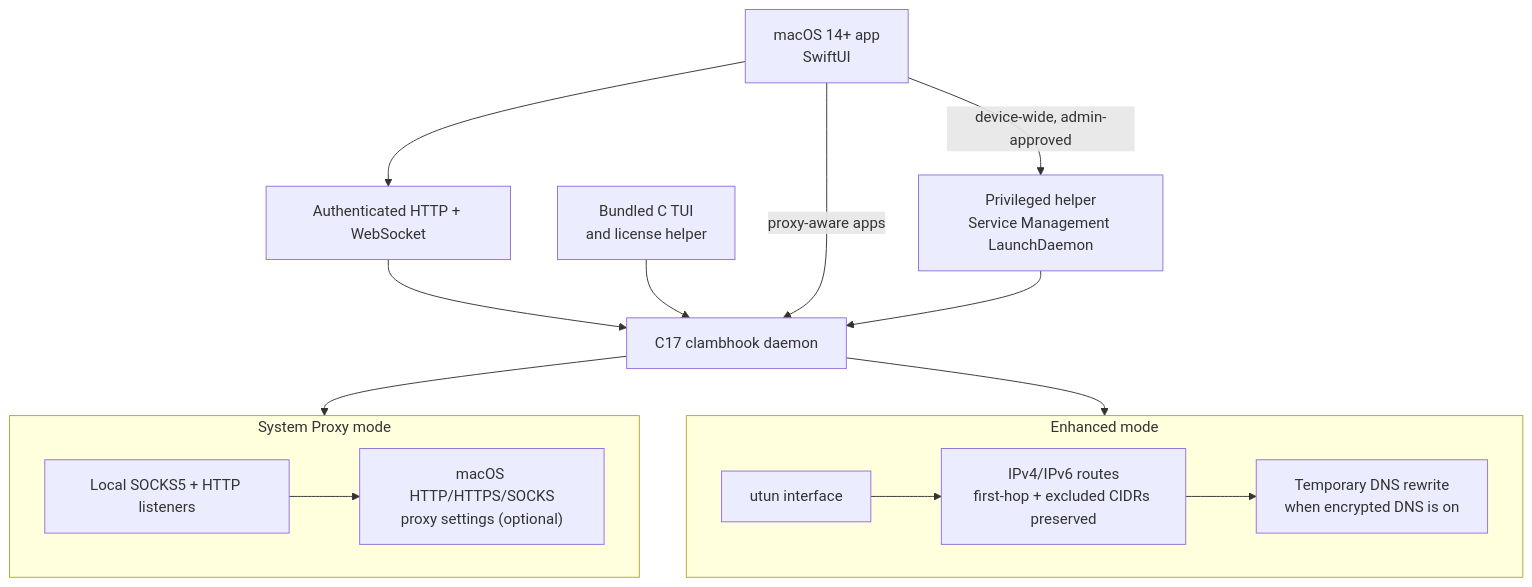
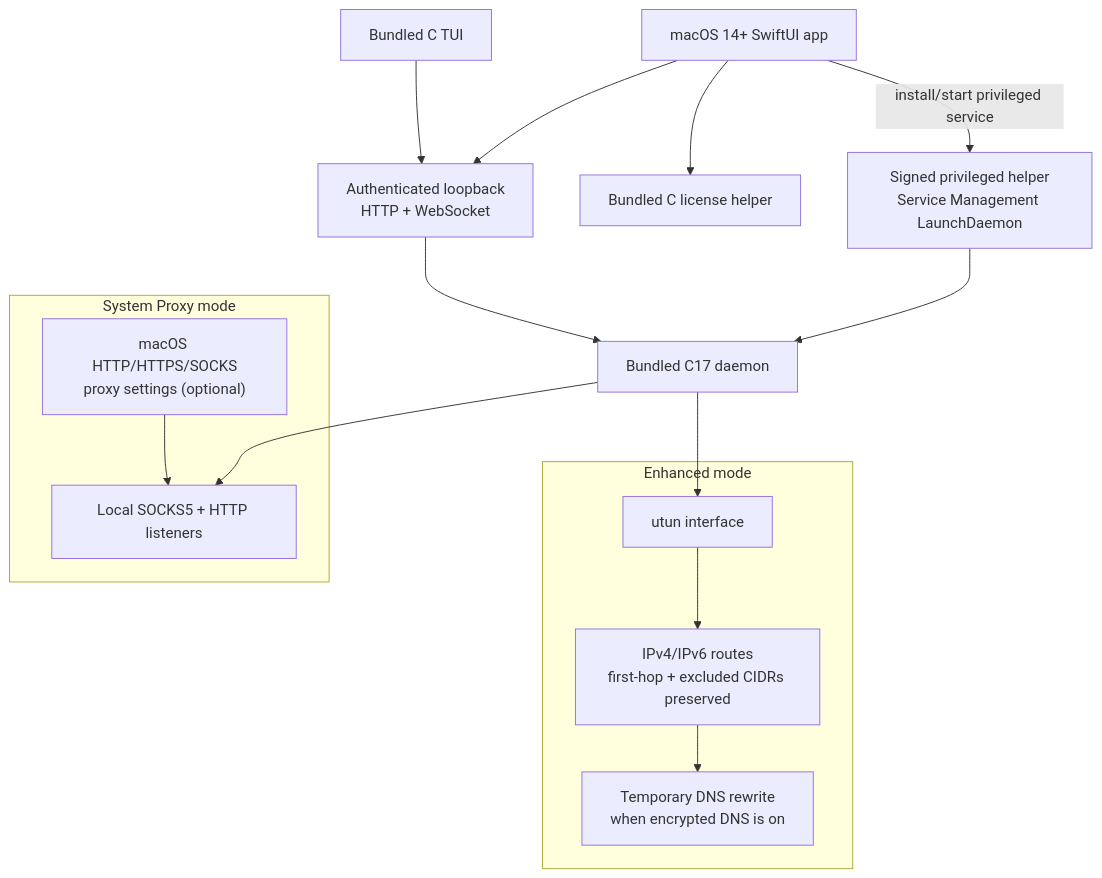
The diagram in docs/macos-v1-scope.md (JohnThre/clambhook), drawn with Mermaid before and after one commit. The commit also changed 28 other files, not shown here.

Commit message:
Refresh documentation and diagrams

````diff
--- a/docs/macos-v1-scope.md
+++ b/docs/macos-v1-scope.md
@@ -10,28 +10,30 @@
 ```mermaid
-graph TD
-    app["macOS 14+ app<br/>SwiftUI"]
-    helper["Privileged helper<br/>Service Management LaunchDaemon"]
-    daemon["C17 clambhook daemon"]
-    api["Authenticated HTTP + WebSocket"]
-    tools["Bundled C TUI<br/>and license helper"]
+flowchart TD
+    app["macOS 14+ SwiftUI app"]
+    helper["Signed privileged helper<br/>Service Management LaunchDaemon"]
+    daemon["Bundled C17 daemon"]
+    api["Authenticated loopback<br/>HTTP + WebSocket"]
+    tui["Bundled C TUI"]
+    license["Bundled C license helper"]
 
     subgraph proxy["System Proxy mode"]
+        settings["macOS HTTP/HTTPS/SOCKS<br/>proxy settings (optional)"]
         listeners["Local SOCKS5 + HTTP listeners"]
-        settings["macOS HTTP/HTTPS/SOCKS<br/>proxy settings (optional)"]
-        listeners --> settings
+        settings --> listeners
     end
 
     subgraph enhanced["Enhanced mode"]
         utun["utun interface"]
         routes["IPv4/IPv6 routes<br/>first-hop + excluded CIDRs preserved"]
         dns["Temporary DNS rewrite<br/>when encrypted DNS is on"]
         utun --> routes --> dns
     end
 
     app --> api --> daemon
-    tools --> daemon
-    app -->|proxy-aware apps| daemon
-    app -->|device-wide, admin-approved| helper
-    daemon --> proxy
-    helper --> daemon --> enhanced
+    tui --> api
+    app --> license
+    app -->|install/start privileged service| helper
+    helper --> daemon
+    daemon --> listeners
+    daemon --> utun
 ```
````
